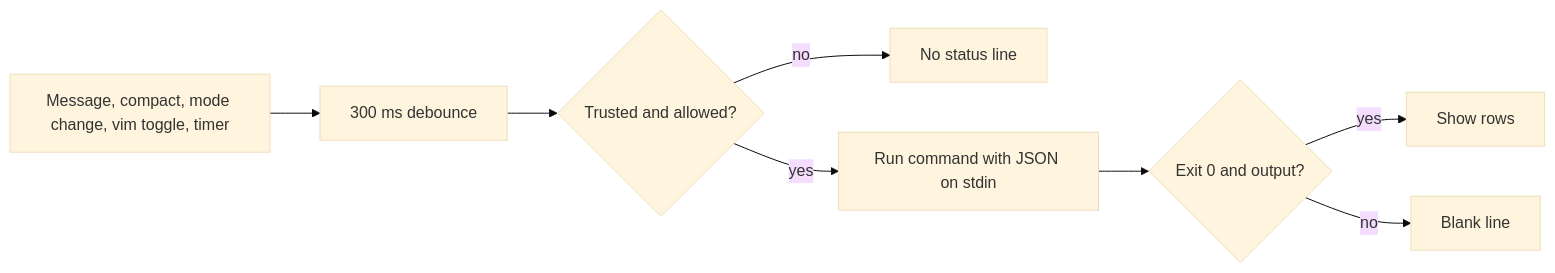
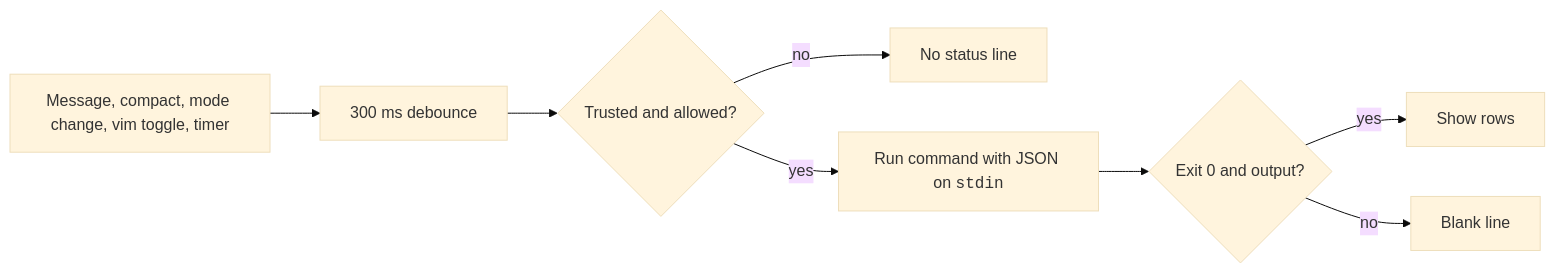
One commit to xsyetopz/claude-code-docs changed the diagram in docs/configure/status-line.md. Above: the diagram before and after it, drawn with Mermaid (base theme). The commit also changed other lines of this file and 164 other files, not shown here.

First line of the commit message:
docs: linked citations, yes/no markers, file trees, code in diagrams

````diff
--- a/docs/configure/status-line.md
+++ b/docs/configure/status-line.md
@@ -186,10 +186,10 @@
 ```mermaid
 flowchart LR
   Event[Message, compact, mode change, vim toggle, timer] --> Deb[300 ms debounce]
   Deb --> Gate{Trusted and allowed?}
   Gate -->|no| Skip[No status line]
-  Gate -->|yes| Run[Run command with JSON on stdin]
+  Gate -->|yes| Run["Run command with JSON on <code>stdin</code>"]
   Run --> Ok{Exit 0 and output?}
   Ok -->|yes| Show[Show rows]
   Ok -->|no| Blank[Blank line]
 ```
````
